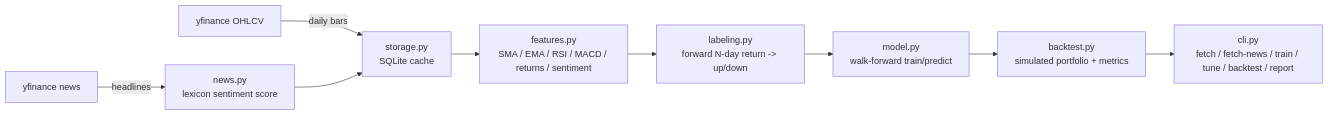
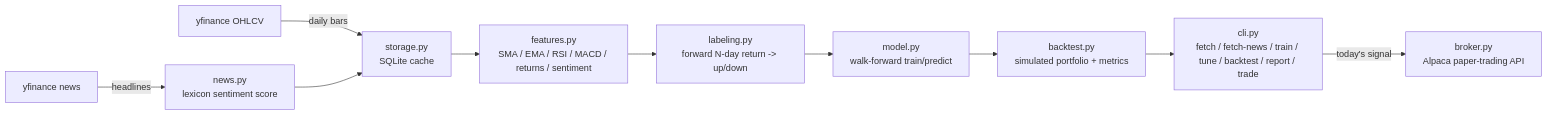
The diagram in paper-trading-ml/README.md (petraviii/personal-projects), drawn with Mermaid before and after one commit. The commit also changed other lines of this file and 4 other files, not shown here.

First line of the commit message:
Add Alpaca paper-trading integration

````diff
--- a/paper-trading-ml/README.md
+++ b/paper-trading-ml/README.md
@@ -13,11 +13,12 @@
 ```mermaid
 flowchart LR
     A[yfinance OHLCV] -->|daily bars| B[storage.py<br/>SQLite cache]
     N[yfinance news] -->|headlines| S[news.py<br/>lexicon sentiment score]
     S --> B
     B --> C[features.py<br/>SMA / EMA / RSI / MACD / returns / sentiment]
     C --> D[labeling.py<br/>forward N-day return -> up/down]
     D --> E[model.py<br/>walk-forward train/predict]
     E --> F[backtest.py<br/>simulated portfolio + metrics]
-    F --> G[cli.py<br/>fetch / fetch-news / train / tune / backtest / report]
+    F --> G[cli.py<br/>fetch / fetch-news / train / tune / backtest / report / trade]
+    G -->|today's signal| H[broker.py<br/>Alpaca paper-trading API]
 ```
````
